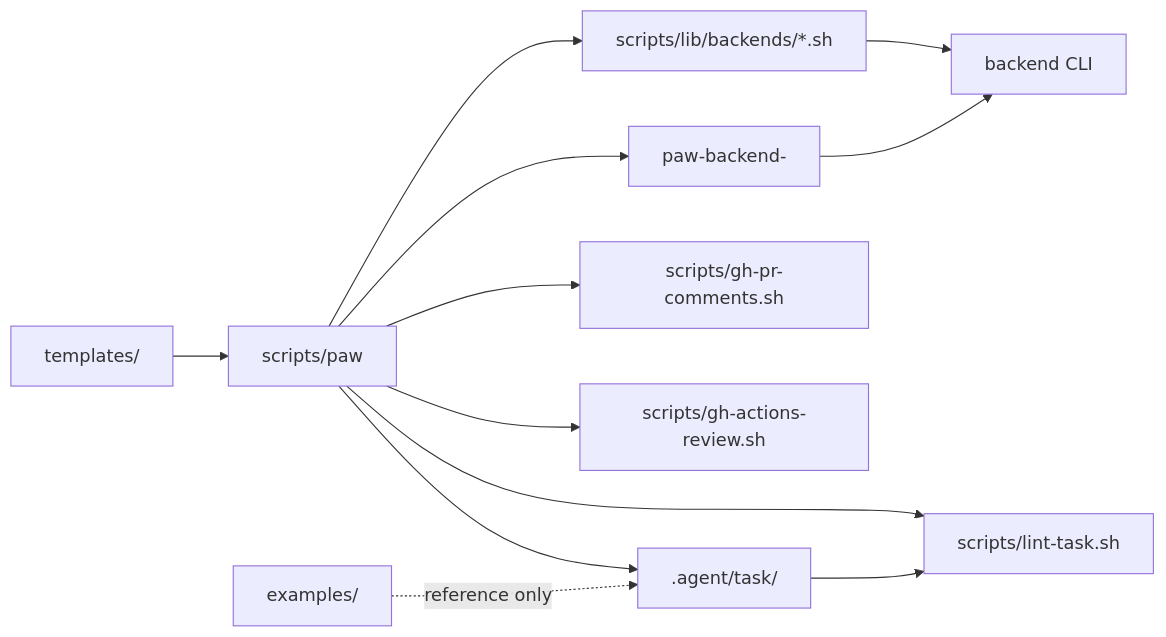
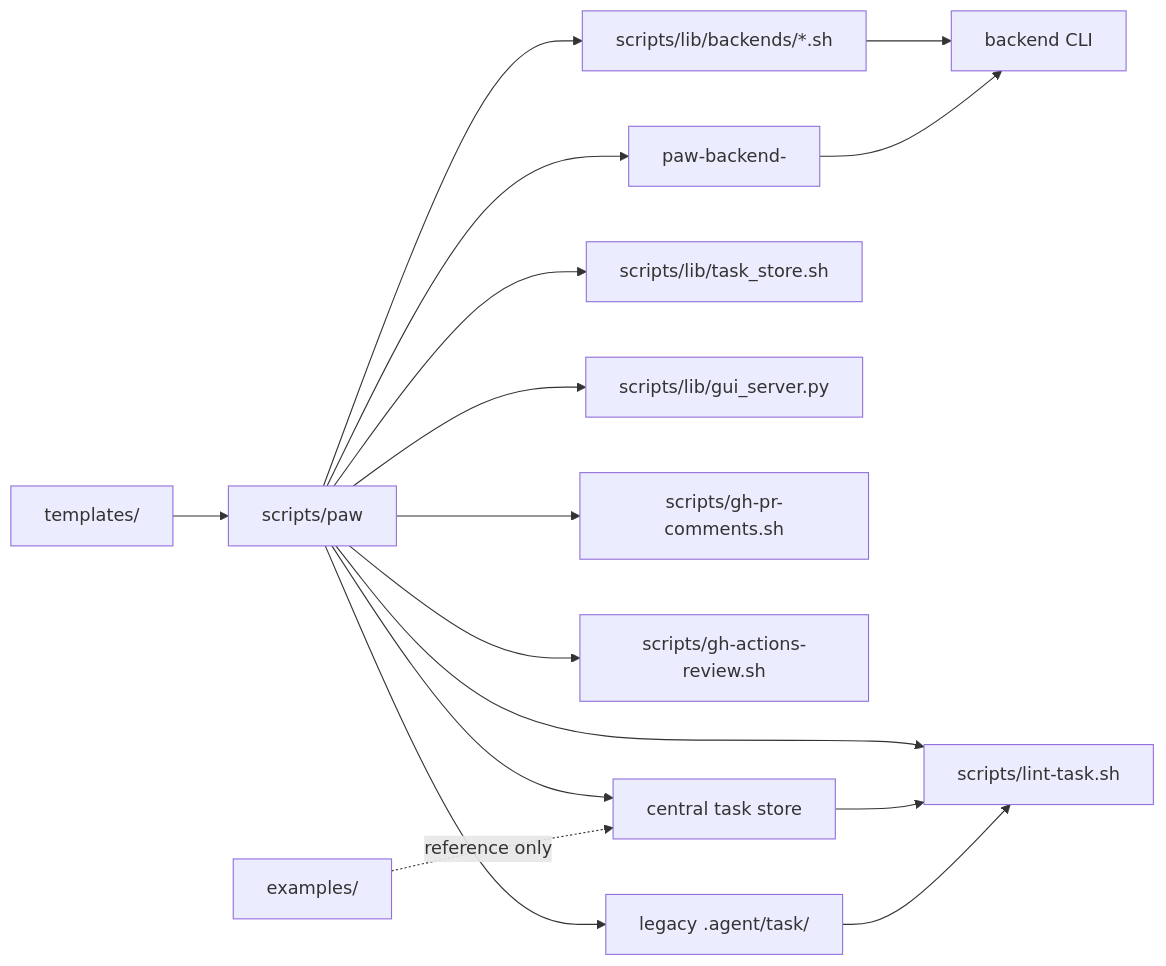
The diagram in examples/docs/architecture.md (levi-blodgett/personal-agentic-workflow), drawn with Mermaid before and after one commit. The commit also changed other lines of this file and 19 other files, not shown here.

````diff
--- a/examples/docs/architecture.md
+++ b/examples/docs/architecture.md
@@ -21,14 +22,18 @@
 ```mermaid
 flowchart LR
     CLI[scripts/paw] --> BE[scripts/lib/backends/*.sh]
     CLI --> PL[paw-backend-<name>]
     CLI --> TL[scripts/lint-task.sh]
+    CLI --> TS[scripts/lib/task_store.sh]
+    CLI --> GUI[scripts/lib/gui_server.py]
     CLI --> GH[scripts/gh-pr-comments.sh]
     CLI --> GHA[scripts/gh-actions-review.sh]
-    CLI --> TD[.agent/task/]
+    CLI --> TD[central task store]
+    CLI --> LA[legacy .agent/task/]
     BE --> EXT[backend CLI]
     PL --> EXT
     TD --> TL
+    LA --> TL
     TM[templates/] --> CLI
     EX[examples/] -. reference only .-> TD
 ```
````
